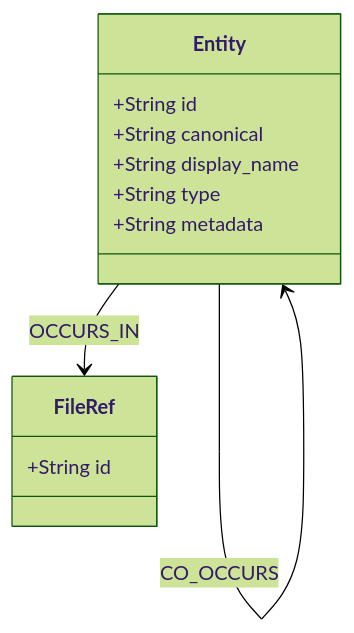
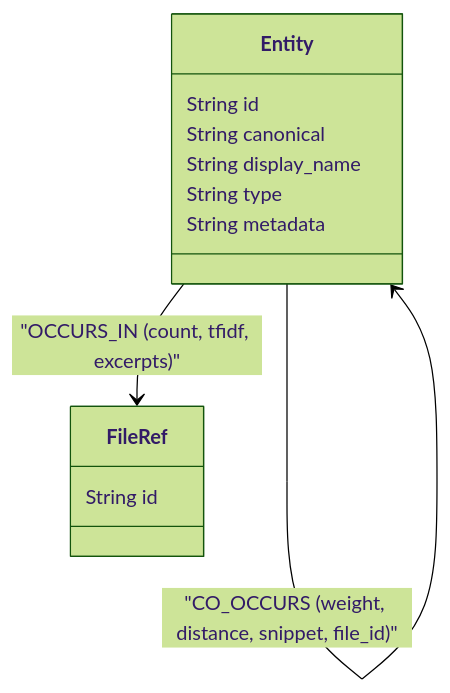
One commit to therealmaxence/Hackmanite changed the fourth of 6 diagrams in website/src/content/wiki/9_Project_Architecture.md. Above: the diagram before and after it, drawn with Mermaid (forest theme). The commit also changed other lines of this file and 16 other files, not shown here.

````diff
--- a/website/src/content/wiki/9_Project_Architecture.md
+++ b/website/src/content/wiki/9_Project_Architecture.md
@@ -176,15 +268,15 @@
 ```mermaid
 classDiagram
     class Entity {
-        +String id
-        +String canonical
-        +String display_name
-        +String type
-        +String metadata
+        String id
+        String canonical
+        String display_name
+        String type
+        String metadata
     }
     class FileRef {
-        +String id
+        String id
     }
-    Entity --> FileRef : OCCURS_IN
-    Entity --> Entity : CO_OCCURS
+    Entity --> FileRef : "OCCURS_IN (count, tfidf, excerpts)"
+    Entity --> Entity : "CO_OCCURS (weight, distance, snippet, file_id)"
 ```
````
